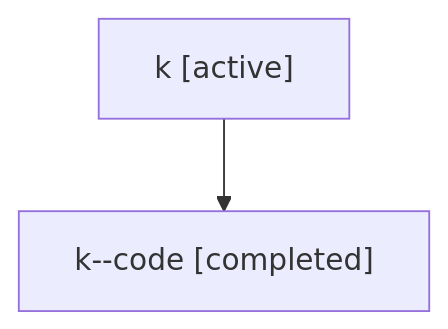
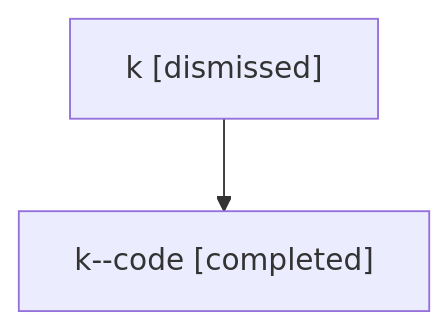
The diagram in sessions/bbugyi200.athena.k.md (sase-org/sase--agents), drawn with Mermaid before and after one commit. The commit also changed other lines of this file and 34 other files, not shown here.

````diff
--- a/sessions/bbugyi200.athena.k.md
+++ b/sessions/bbugyi200.athena.k.md
@@ -9,6 +9,6 @@
 ```mermaid
 flowchart TD
-  n0["k [active]"]
+  n0["k [dismissed]"]
   n1["k--code [completed]"]
   n0 --> n1
 ```
````
